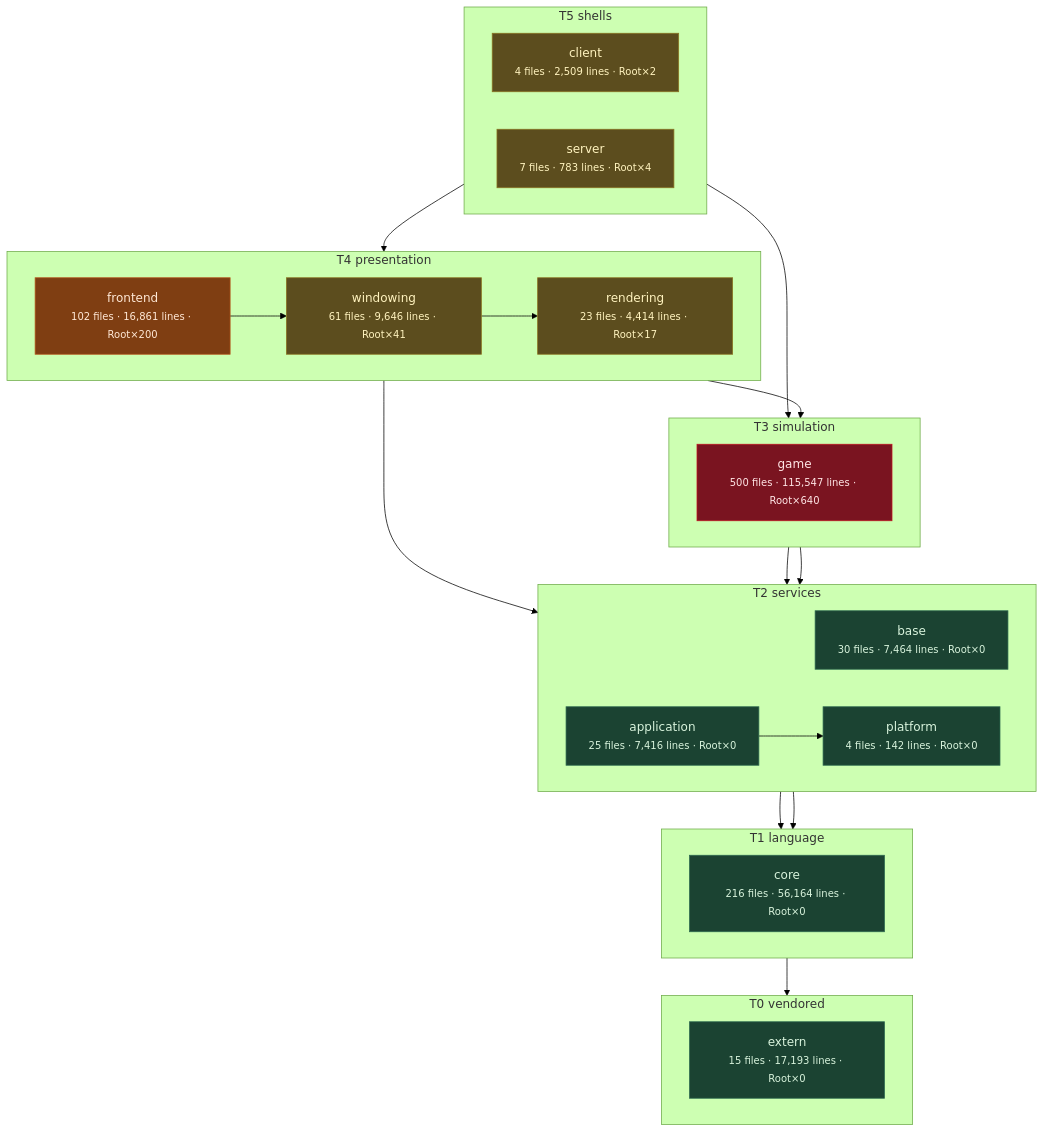
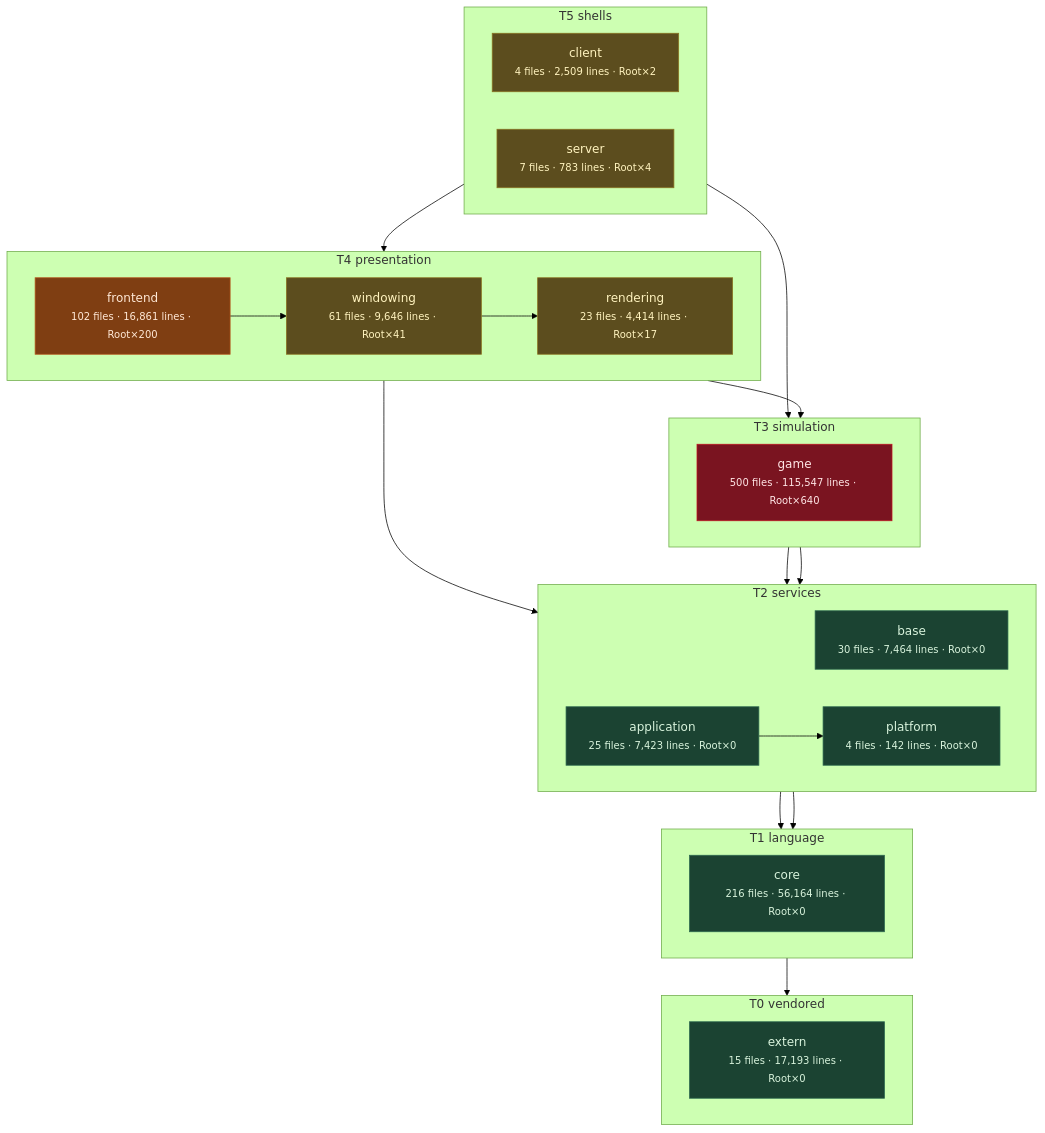
The third of 11 diagrams in docs/architecture/system-boundaries.md (apnex/OpenStarbound), drawn with Mermaid (forest theme) before and after one commit. The commit also changed other lines of this file and 4 other files, not shown here.

````diff
--- a/docs/architecture/system-boundaries.md
+++ b/docs/architecture/system-boundaries.md
@@ -270,52 +270,52 @@
 ```mermaid
 flowchart TD
   subgraph T0["T0 vendored"]
     direction LR
     extern["extern<br/><small>15 files · 17,193 lines · Root×0</small>"]
   end
   subgraph T1["T1 language"]
     direction LR
     core["core<br/><small>216 files · 56,164 lines · Root×0</small>"]
   end
   subgraph T2["T2 services"]
     direction LR
     base["base<br/><small>30 files · 7,464 lines · Root×0</small>"]
     platform["platform<br/><small>4 files · 142 lines · Root×0</small>"]
-    application["application<br/><small>25 files · 7,416 lines · Root×0</small>"]
+    application["application<br/><small>25 files · 7,423 lines · Root×0</small>"]
   end
   subgraph T3["T3 simulation"]
     direction LR
     game["game<br/><small>500 files · 115,547 lines · Root×640</small>"]
   end
   subgraph T4["T4 presentation"]
     direction LR
     rendering["rendering<br/><small>23 files · 4,414 lines · Root×17</small>"]
     windowing["windowing<br/><small>61 files · 9,646 lines · Root×41</small>"]
     frontend["frontend<br/><small>102 files · 16,861 lines · Root×200</small>"]
   end
   subgraph T5["T5 shells"]
     direction LR
     client["client<br/><small>4 files · 2,509 lines · Root×2</small>"]
     server["server<br/><small>7 files · 783 lines · Root×4</small>"]
   end
   core --> extern
   base --> core
   platform --> core
   application --> platform
   game --> base
   game --> platform
   rendering --> application
   rendering --> game
   windowing --> rendering
   frontend --> windowing
   client --> frontend
   server --> game
   classDef clean fill:#1b4332,stroke:#2d6a4f,color:#d8f3dc
   classDef warm  fill:#5c4d1e,stroke:#8a7420,color:#fff3bf
   classDef hot   fill:#7f3e12,stroke:#b5561b,color:#ffe8d6
   classDef blaze fill:#7a1420,stroke:#c1121f,color:#ffe5e5
   class extern,core,base,platform,application clean
   class rendering,windowing,client,server warm
   class frontend hot
   class game blaze
 ```
````
